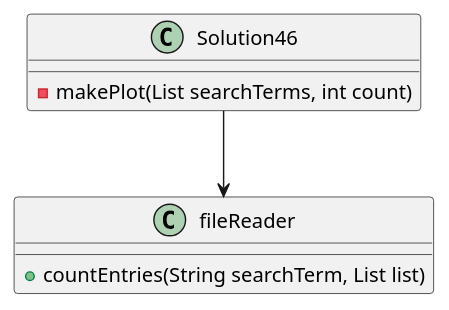
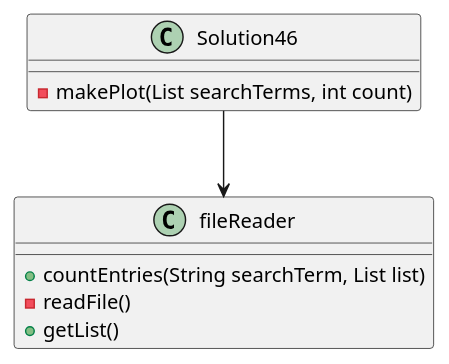
One commit to azoomer2/zommer-a04 changed the diagram in exercise46/docs/Exercise46 UML.puml. Above: the diagram before and after it, drawn with PlantUML. The commit also changed 10 other files, not shown here.

```diff
--- a/exercise46/docs/Exercise46 UML.puml
+++ b/exercise46/docs/Exercise46 UML.puml
@@ -1,16 +1,17 @@
 @startuml
 'https://plantuml.com/sequence-diagram
 
 class Solution46{
 
     -makePlot(List searchTerms, int count)
 
 
 }
 class fileReader
 {
     +countEntries(String searchTerm, List list)
-
+    -readFile()
+    +getList()
 }
 Solution46 --> fileReader
 @enduml
```
